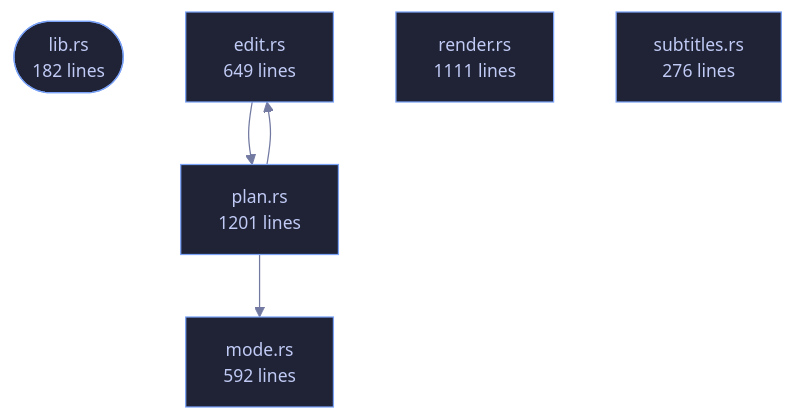
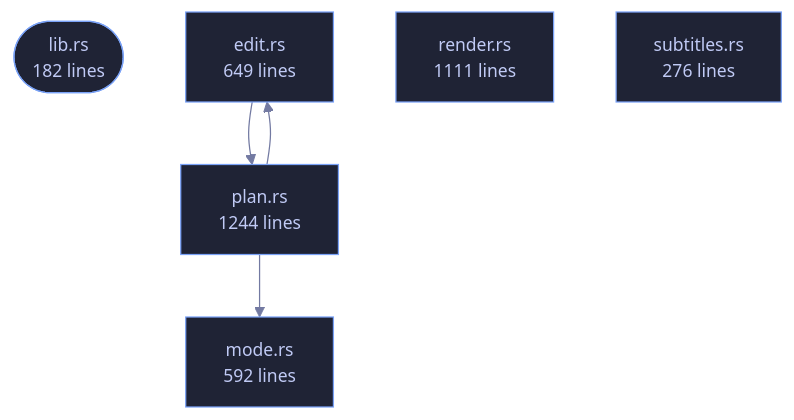
Before and after one commit to tilas01/veilvoice: the diagram in crates/veilvoice-conversation/README.md, drawn with Mermaid. The commit also changed other lines of this file and 82 other files, not shown here.

````diff
--- a/crates/veilvoice-conversation/README.md
+++ b/crates/veilvoice-conversation/README.md
@@ -104,19 +104,19 @@
 ```mermaid
 %%{init: {"theme":"base","themeVariables":{"background":"#1a1b26","primaryColor":"#1f2335","primaryTextColor":"#c0caf5","primaryBorderColor":"#7aa2f7","secondaryColor":"#16161e","tertiaryColor":"#16161e","lineColor":"#737aa2","textColor":"#c0caf5","mainBkg":"#1f2335","nodeBorder":"#7aa2f7","clusterBkg":"#16161e","clusterBorder":"#2f3549","fontFamily":"ui-monospace, SFMono-Regular, Consolas, monospace","fontSize":"14px"}}}%%
 flowchart TD
     n_lib(["lib.rs<br/>182 lines"])
     n_edit["edit.rs<br/>649 lines"]
     n_mode["mode.rs<br/>592 lines"]
-    n_plan["plan.rs<br/>1201 lines"]
+    n_plan["plan.rs<br/>1244 lines"]
     n_render["render.rs<br/>1111 lines"]
     n_subtitles["subtitles.rs<br/>276 lines"]
     n_edit --> n_plan
     n_plan --> n_edit
     n_plan --> n_mode
     click n_lib href "https://github.com/tilas01/veilvoice/blob/main/crates/veilvoice-conversation/src/lib.rs" "open the source"
     click n_edit href "https://github.com/tilas01/veilvoice/blob/main/crates/veilvoice-conversation/src/edit.rs" "open the source"
     click n_mode href "https://github.com/tilas01/veilvoice/blob/main/crates/veilvoice-conversation/src/mode.rs" "open the source"
     click n_plan href "https://github.com/tilas01/veilvoice/blob/main/crates/veilvoice-conversation/src/plan.rs" "open the source"
     click n_render href "https://github.com/tilas01/veilvoice/blob/main/crates/veilvoice-conversation/src/render.rs" "open the source"
     click n_subtitles href "https://github.com/tilas01/veilvoice/blob/main/crates/veilvoice-conversation/src/subtitles.rs" "open the source"
 ```
````
